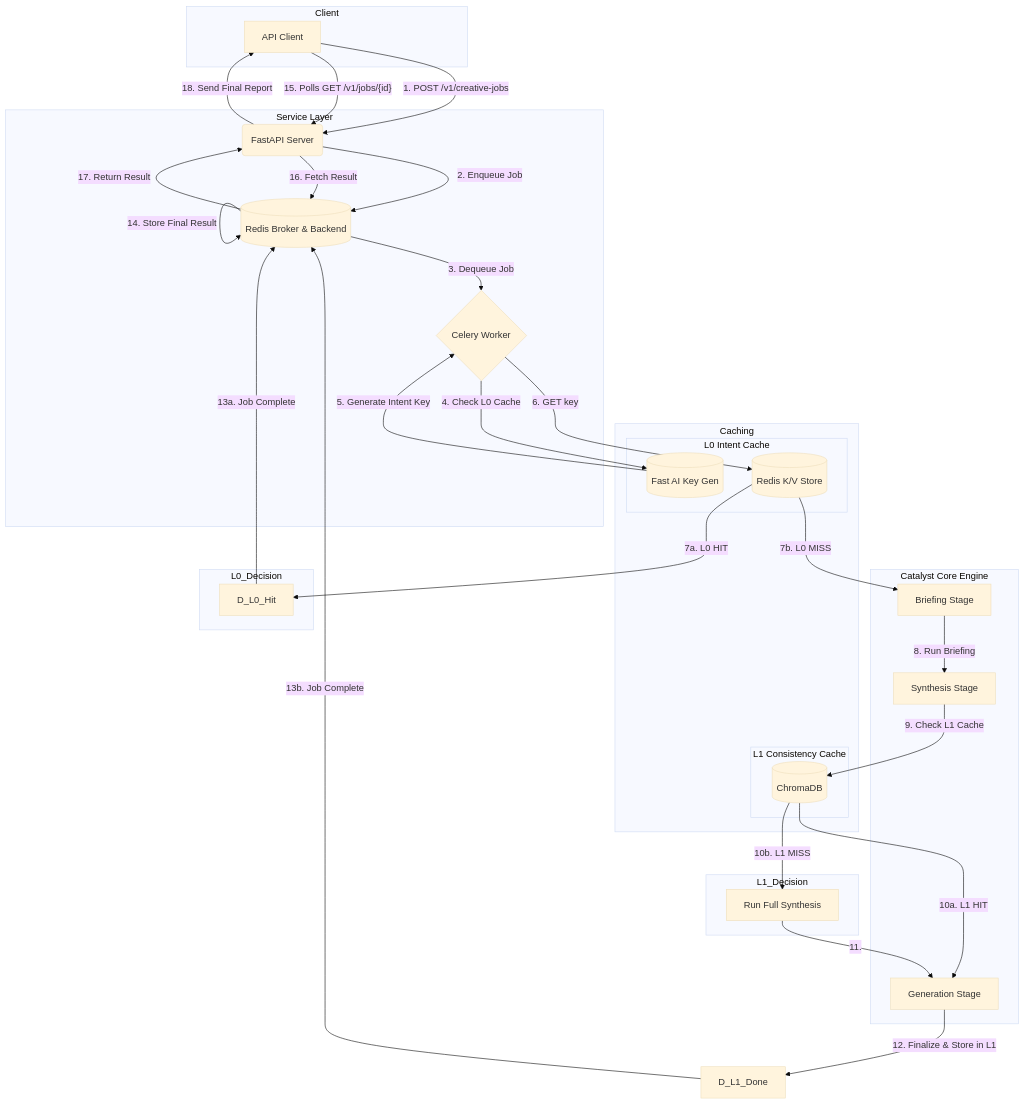
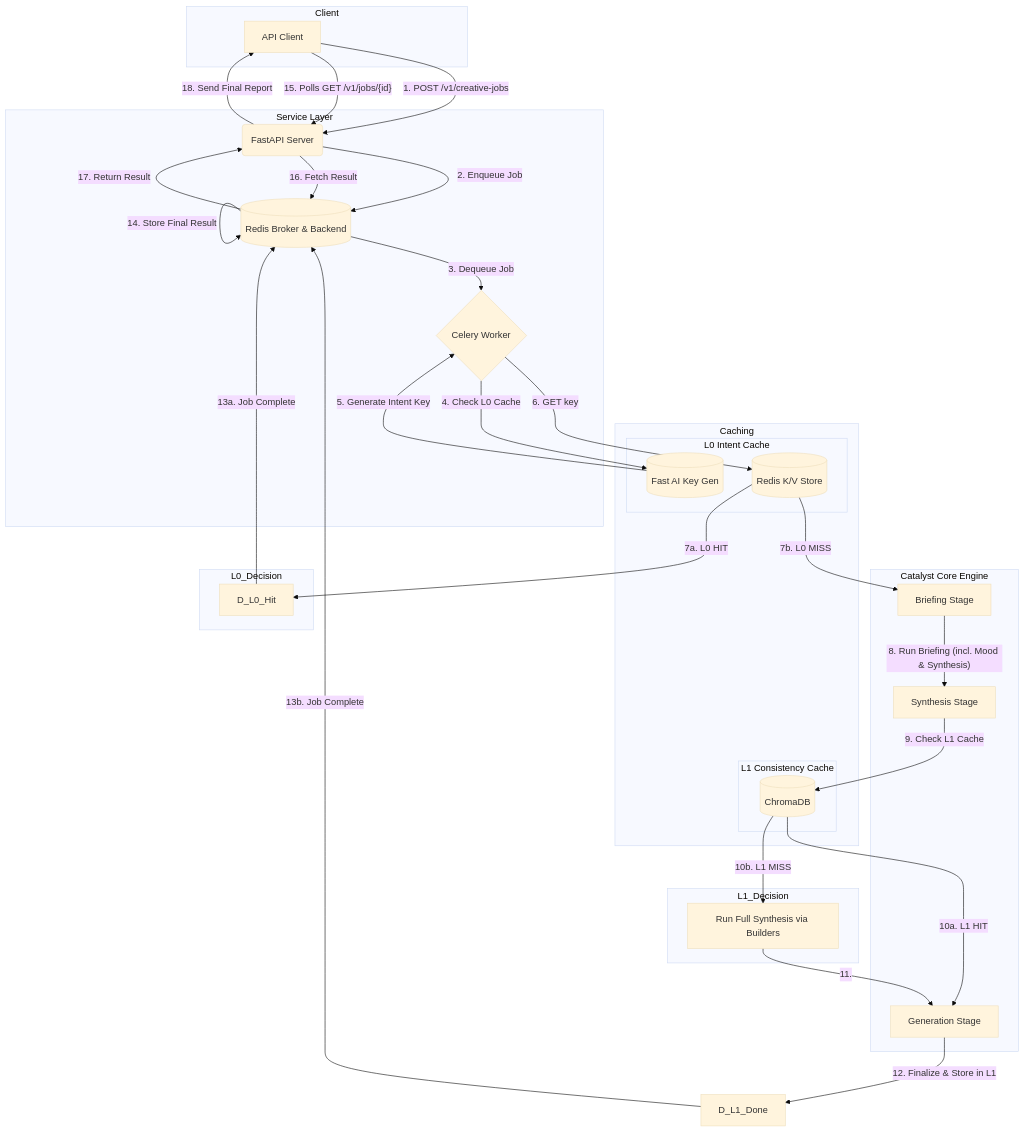
One commit to MTawhid7/creative-catalyst-engine changed the diagram in README.md. Above: the diagram before and after it, drawn with Mermaid (base theme). The commit also changed other lines of this file and 18 other files, not shown here.

````diff
--- a/README.md
+++ b/README.md
@@ -68,55 +66,55 @@
 ```mermaid
 graph TD
     subgraph Client
         A[API Client]
     end
 
     subgraph Service Layer
         B(FastAPI Server)
         D{Celery Worker}
         C[(Redis Broker & Backend)]
     end
 
     subgraph Caching
         subgraph L0_Cache [L0 Intent Cache]
             L0_AI[(Fast AI Key Gen)]
             L0_Redis[(Redis K/V Store)]
         end
         subgraph L1_Cache [L1 Consistency Cache]
             L1_Chroma[(ChromaDB)]
         end
     end
 
     subgraph Core_Engine [Catalyst Core Engine]
         E[Briefing Stage]
         F[Synthesis Stage]
         G[Generation Stage]
     end
 
     A -- 1. POST /v1/creative-jobs --> B
     B -- 2. Enqueue Job --> C
     C -- 3. Dequeue Job --> D
 
     D -- 4. Check L0 Cache --> L0_AI
     L0_AI -- 5. Generate Intent Key --> D
     D -- 6. GET key --> L0_Redis
 
     subgraph L0_Decision; L0_Redis -- 7a. L0 HIT --> D_L0_Hit; L0_Redis -- 7b. L0 MISS --> E; end
 
-    E -- 8. Run Briefing --> F
+    E -- 8. Run Briefing (incl. Mood & Synthesis) --> F
     F -- 9. Check L1 Cache --> L1_Chroma
 
     subgraph L1_Decision; L1_Chroma -- 10a. L1 HIT --> G; L1_Chroma -- 10b. L1 MISS --> F_Run; end
 
-    F_Run[Run Full Synthesis] -- 11. --> G
+    F_Run[Run Full Synthesis via Builders] -- 11. --> G
     G -- 12. Finalize & Store in L1 --> D_L1_Done
 
     D_L0_Hit -- 13a. Job Complete --> C
     D_L1_Done -- 13b. Job Complete --> C
     C -- 14. Store Final Result --> C
 
     A -- 15. Polls GET /v1/jobs/{id} --> B
     B -- 16. Fetch Result --> C
     C -- 17. Return Result --> B
     B -- 18. Send Final Report --> A
 ```
````
